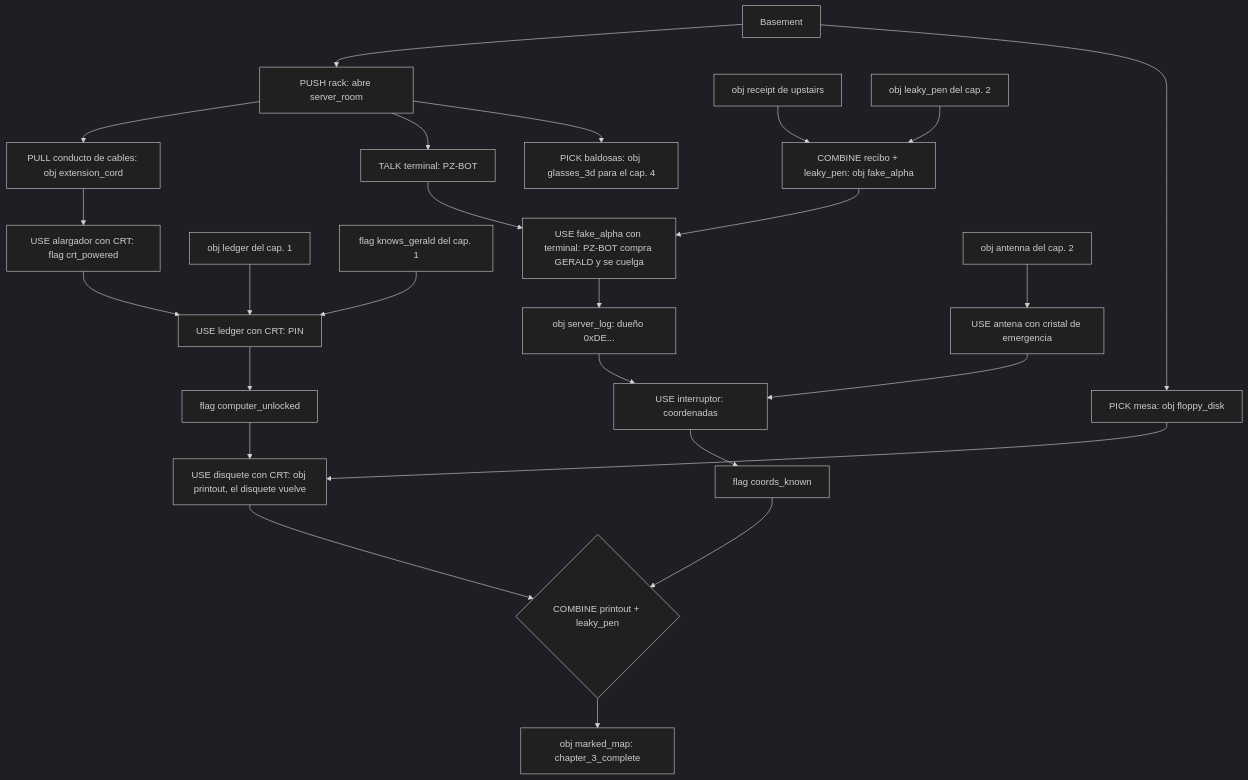
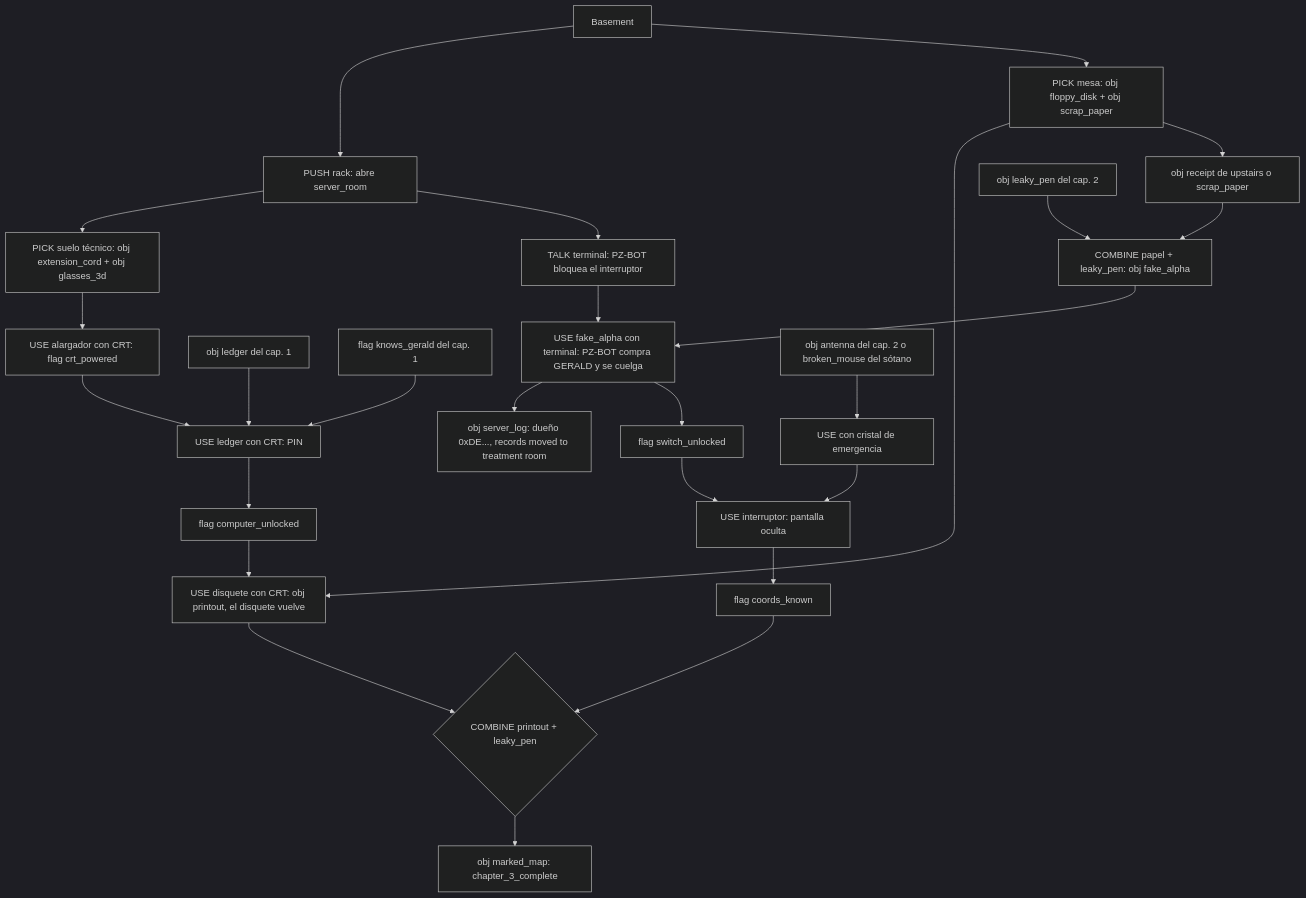
The third of 5 diagrams in docs/DESIGN_BIBLE.md (adriangallery/AdrianAdventure), drawn with Mermaid (dark theme) before and after one commit. The commit also changed other lines of this file and 2 other files, not shown here.

````diff
--- a/docs/DESIGN_BIBLE.md
+++ b/docs/DESIGN_BIBLE.md
@@ -256,27 +288,28 @@
 ```mermaid
 graph TD
   B["Basement"] --> RACK["PUSH rack: abre server_room"]
-  RACK --> COND["PULL conducto de cables: obj extension_cord"]
-  COND --> POWER["USE alargador con CRT: flag crt_powered"]
+  RACK --> FLOOR["PICK suelo técnico: obj extension_cord + obj glasses_3d"]
+  FLOOR --> POWER["USE alargador con CRT: flag crt_powered"]
   LEDGER["obj ledger del cap. 1"] --> PIN["USE ledger con CRT: PIN"]
   POWER --> PIN
   VET["flag knows_gerald del cap. 1"] --> PIN
   PIN --> VAULT["flag computer_unlocked"]
-  B --> FLOP["PICK mesa: obj floppy_disk"]
+  B --> FLOP["PICK mesa: obj floppy_disk + obj scrap_paper"]
   VAULT --> PRINT["USE disquete con CRT: obj printout, el disquete vuelve"]
   FLOP --> PRINT
-  RACK --> TERM["TALK terminal: PZ-BOT"]
-  RECEIPT["obj receipt de upstairs"] --> ALPHA["COMBINE recibo + leaky_pen: obj fake_alpha"]
+  RACK --> TERM["TALK terminal: PZ-BOT bloquea el interruptor"]
+  PAPER["obj receipt de upstairs o scrap_paper"] --> ALPHA["COMBINE papel + leaky_pen: obj fake_alpha"]
+  FLOP --> PAPER
   PEN["obj leaky_pen del cap. 2"] --> ALPHA
   ALPHA --> CRASH["USE fake_alpha con terminal: PZ-BOT compra GERALD y se cuelga"]
   TERM --> CRASH
-  CRASH --> LOG["obj server_log: dueño 0xDE..."]
-  ANT["obj antenna del cap. 2"] --> GLASS["USE antena con cristal de emergencia"]
-  GLASS --> SWITCH["USE interruptor: coordenadas"]
-  LOG --> SWITCH
+  CRASH --> LOG["obj server_log: dueño 0xDE..., records moved to treatment room"]
+  CRASH --> UNLOCK["flag switch_unlocked"]
+  ANT["obj antenna del cap. 2 o broken_mouse del sótano"] --> GLASS["USE con cristal de emergencia"]
+  GLASS --> SWITCH["USE interruptor: pantalla oculta"]
+  UNLOCK --> SWITCH
   SWITCH --> COORDS["flag coords_known"]
   PRINT --> MAP{"COMBINE printout + leaky_pen"}
   COORDS --> MAP
   MAP --> END3["obj marked_map: chapter_3_complete"]
-  RACK --> TILES["PICK baldosas: obj glasses_3d para el cap. 4"]
 ```
````
